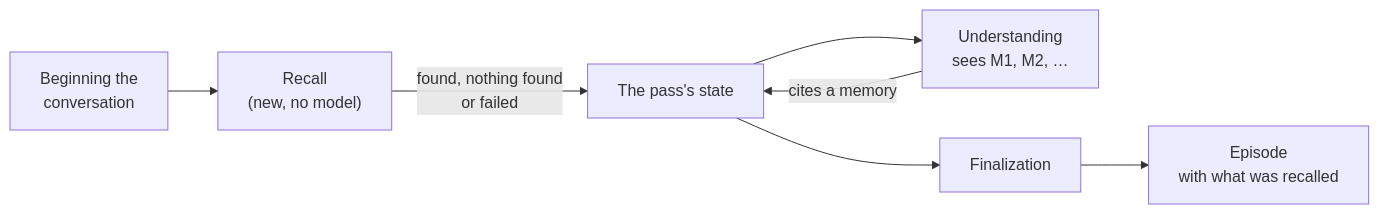
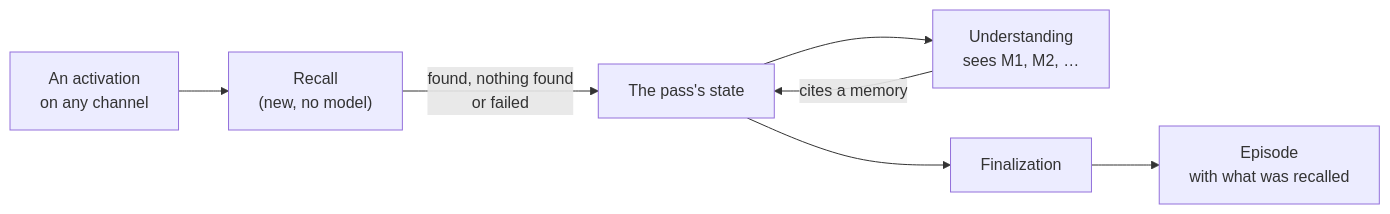
Before and after one commit to leonapivato/ai-assistant: the diagram in docs/proposals/recall-into-understanding.md, drawn with Mermaid. The commit also changed other lines of this file, not shown here.

Commit message:
docs(proposals): recall belongs to the activation, not to a conversation

````diff
--- a/docs/proposals/recall-into-understanding.md
+++ b/docs/proposals/recall-into-understanding.md
@@ -55,9 +60,9 @@
 ```mermaid
 flowchart LR
-    B["Beginning the<br/>conversation"] --> R["Recall<br/>(new, no model)"]
+    A["An activation<br/>on any channel"] --> R["Recall<br/>(new, no model)"]
     R -->|"found, nothing found<br/>or failed"| P["The pass's state"]
     P --> U["Understanding<br/>sees M1, M2, …"]
     U -->|"cites a memory"| P
     P --> F["Finalization"]
     F --> E["Episode<br/>with what was recalled"]
 ```
````
